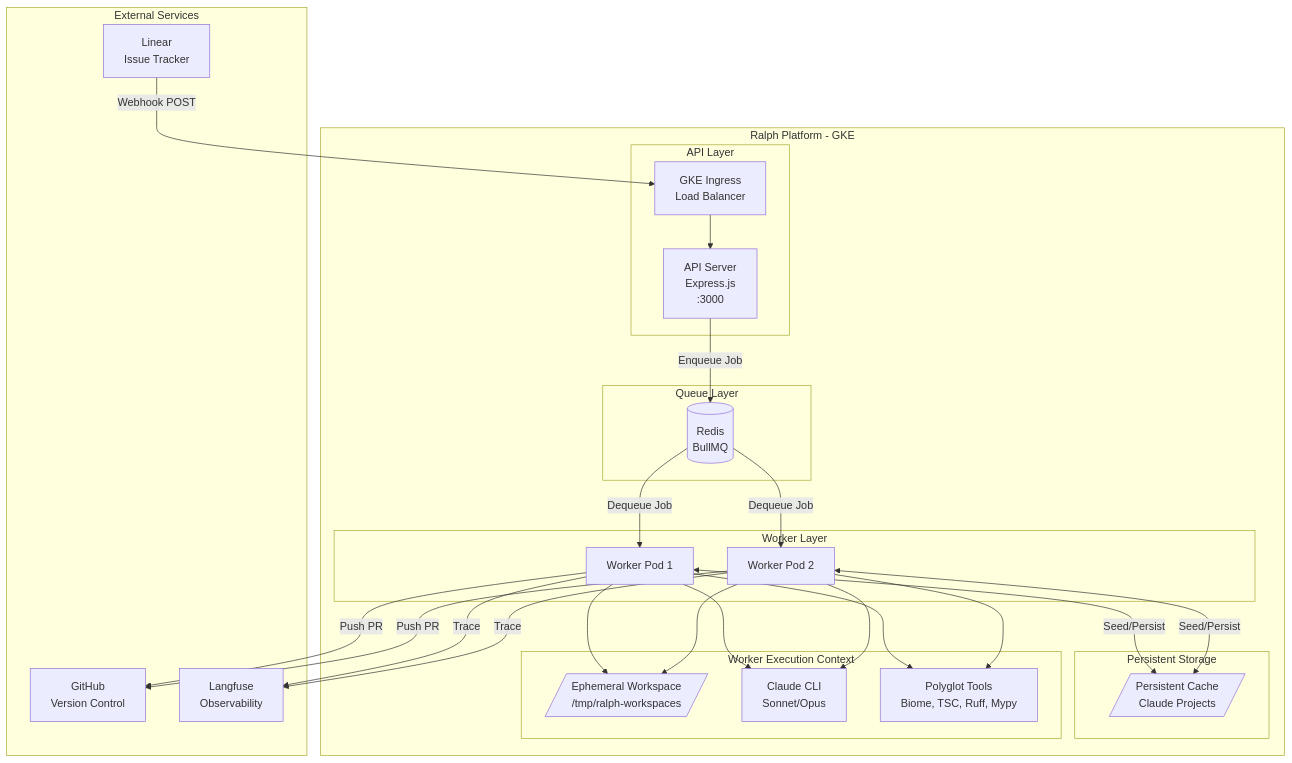
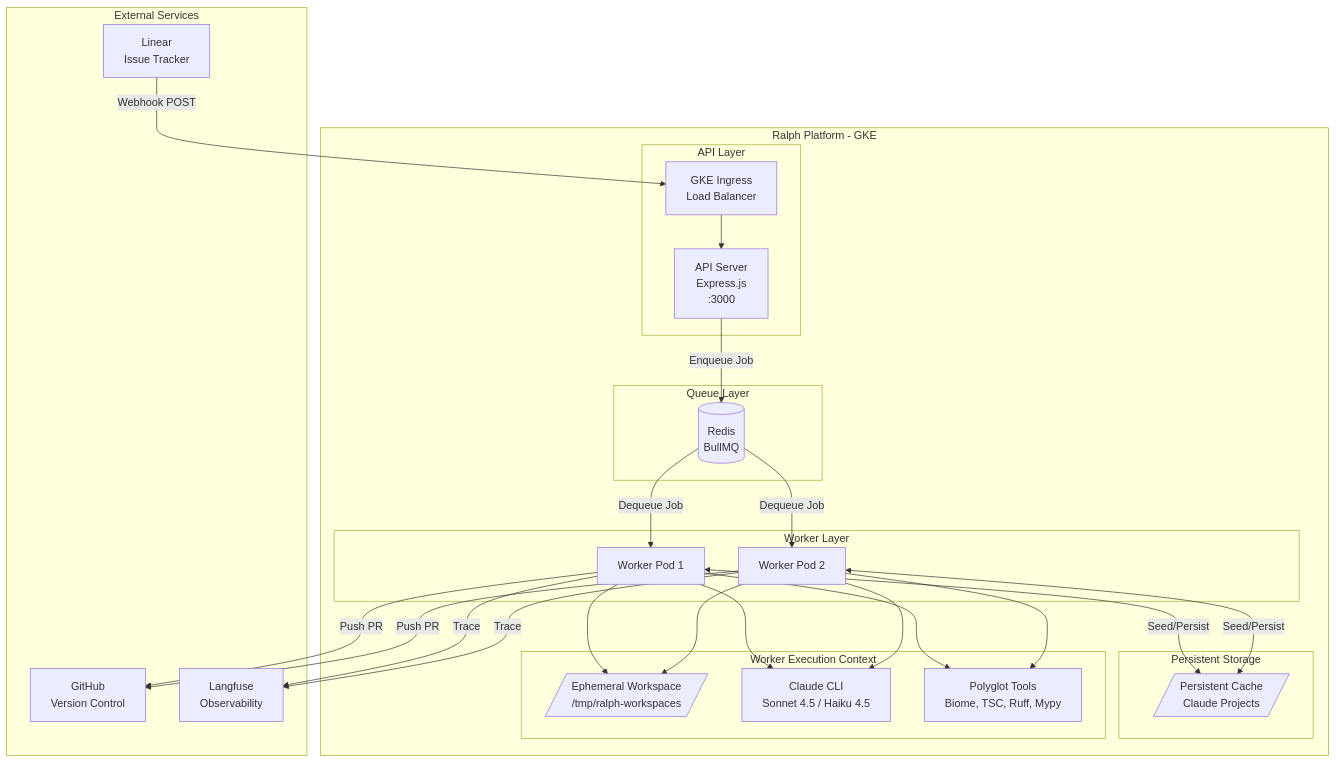
One commit to Replikanti/ralph-platform changed the first of 7 diagrams in ARCHITECTURE.md. Above: the diagram before and after it, drawn with Mermaid. The commit also changed other lines of this file and 5 other files, not shown here.

````diff
--- a/ARCHITECTURE.md
+++ b/ARCHITECTURE.md
@@ -16,52 +16,52 @@
 ```mermaid
 graph TB
     subgraph "External Services"
         Linear[Linear<br/>Issue Tracker]
         GitHub[GitHub<br/>Version Control]
         Langfuse[Langfuse<br/>Observability]
     end
 
     subgraph "Ralph Platform - GKE"
         subgraph "API Layer"
             API[API Server<br/>Express.js<br/>:3000]
             Ingress[GKE Ingress<br/>Load Balancer]
         end
 
         subgraph "Queue Layer"
             Redis[(Redis<br/>BullMQ)]
         end
 
         subgraph "Worker Layer"
             Worker1[Worker Pod 1]
             Worker2[Worker Pod 2]
         end
 
         subgraph "Persistent Storage"
             Cache[/Persistent Cache<br/>Claude Projects/]
         end
 
         subgraph "Worker Execution Context"
             Workspace[/Ephemeral Workspace<br/>/tmp/ralph-workspaces/]
-            ClaudeCLI[Claude CLI<br/>Sonnet/Opus]
+            ClaudeCLI[Claude CLI<br/>Sonnet 4.5 / Haiku 4.5]
             Tools[Polyglot Tools<br/>Biome, TSC, Ruff, Mypy]
         end
     end
 
     Linear -->|Webhook POST| Ingress
     Ingress --> API
     API -->|Enqueue Job| Redis
     Redis -->|Dequeue Job| Worker1
     Redis -->|Dequeue Job| Worker2
     Worker1 --> Workspace
     Worker1 --> ClaudeCLI
     Worker1 --> Tools
     Worker1 <-->|Seed/Persist| Cache
     Worker1 -->|Push PR| GitHub
     Worker1 -->|Trace| Langfuse
     Worker2 --> Workspace
     Worker2 --> ClaudeCLI
     Worker2 --> Tools
     Worker2 <-->|Seed/Persist| Cache
     Worker2 -->|Push PR| GitHub
     Worker2 -->|Trace| Langfuse
 ```
````
